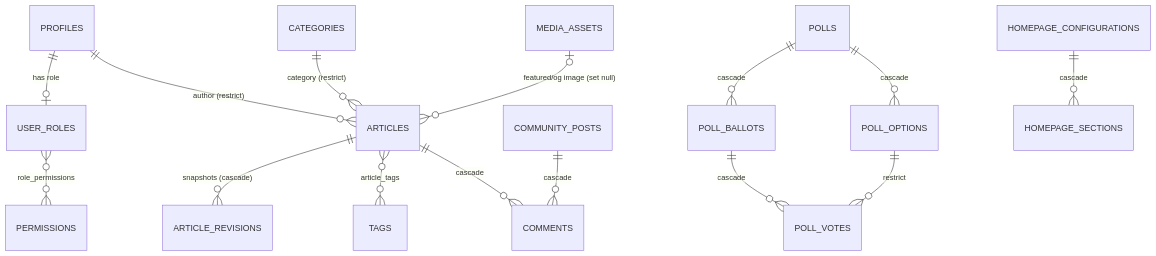
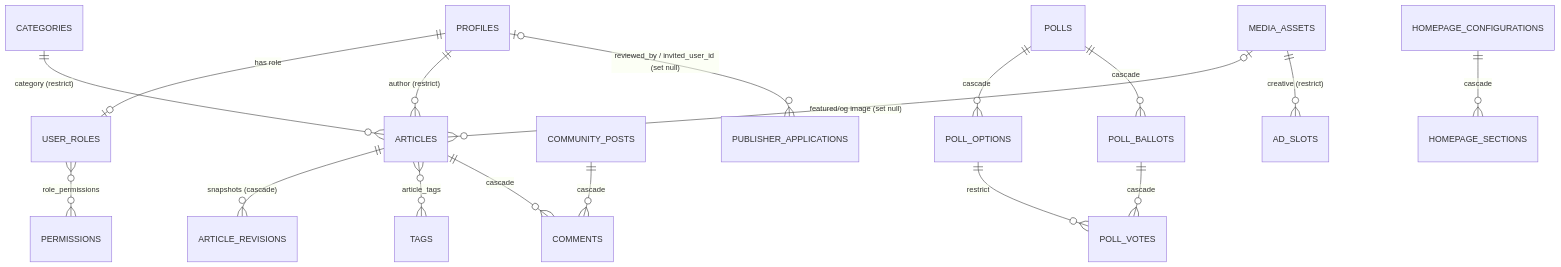
The diagram in docs/DATABASE_SCHEMA.md (jdy1000/bosesngbayan), drawn with Mermaid before and after one commit. The commit also changed other lines of this file and 128 other files, not shown here.

First line of the commit message:
feat: Newsmaker Studio, ads, publisher applications, public UI polish, production setup

````diff
--- a/docs/DATABASE_SCHEMA.md
+++ b/docs/DATABASE_SCHEMA.md
@@ -217,17 +239,19 @@
 ```mermaid
 erDiagram
   PROFILES ||--o| USER_ROLES : "has role"
   USER_ROLES }o--o{ PERMISSIONS : "role_permissions"
   PROFILES ||--o{ ARTICLES : "author (restrict)"
   CATEGORIES ||--o{ ARTICLES : "category (restrict)"
   MEDIA_ASSETS |o--o{ ARTICLES : "featured/og image (set null)"
   ARTICLES ||--o{ ARTICLE_REVISIONS : "snapshots (cascade)"
   ARTICLES }o--o{ TAGS : "article_tags"
   ARTICLES ||--o{ COMMENTS : "cascade"
   COMMUNITY_POSTS ||--o{ COMMENTS : "cascade"
   POLLS ||--o{ POLL_OPTIONS : "cascade"
   POLLS ||--o{ POLL_BALLOTS : "cascade"
   POLL_BALLOTS ||--o{ POLL_VOTES : "cascade"
   POLL_OPTIONS ||--o{ POLL_VOTES : "restrict"
   HOMEPAGE_CONFIGURATIONS ||--o{ HOMEPAGE_SECTIONS : "cascade"
+  MEDIA_ASSETS ||--o{ AD_SLOTS : "creative (restrict)"
+  PROFILES |o--o{ PUBLISHER_APPLICATIONS : "reviewed_by / invited_user_id (set null)"
 ```
````
